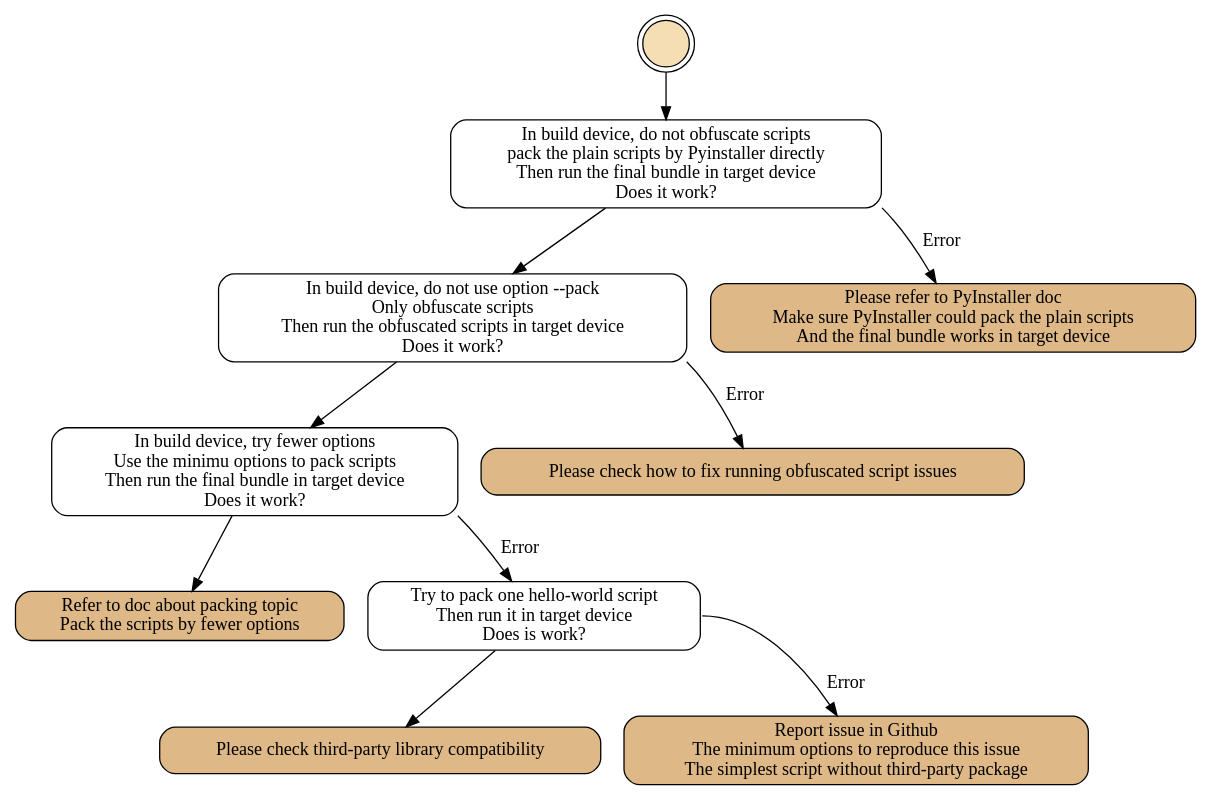
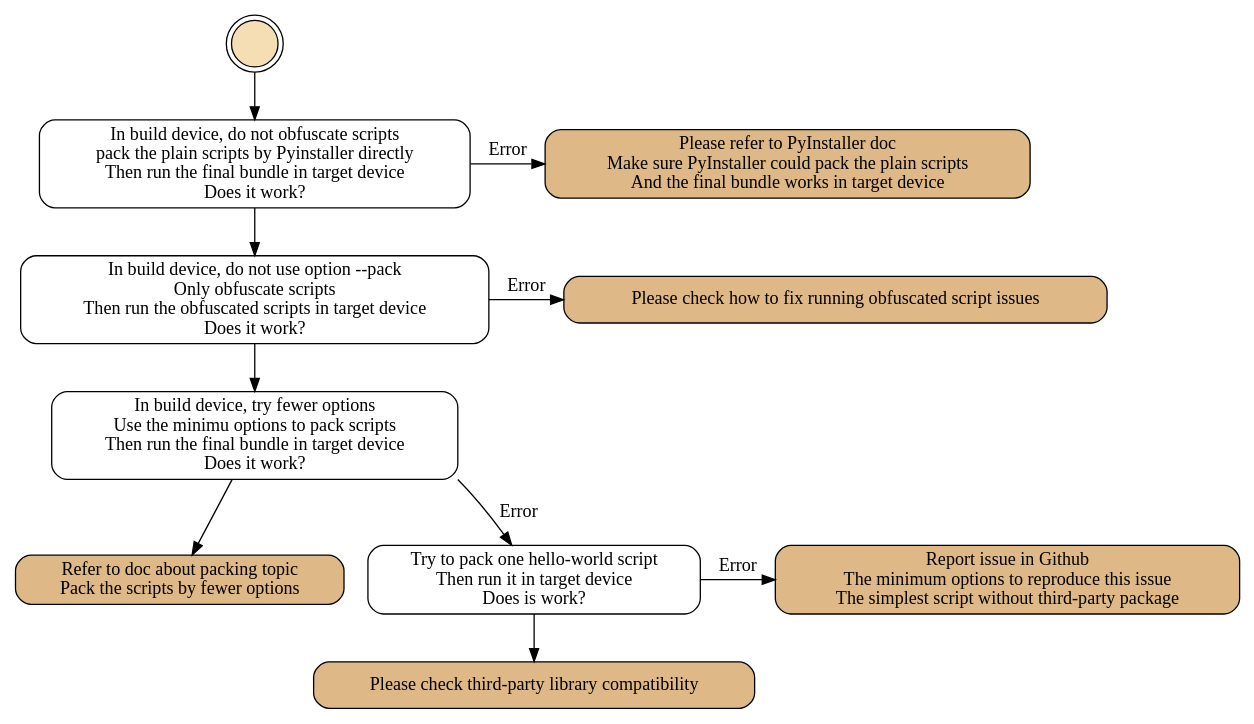
The fifth of 5 diagrams in pyarmor/learn/en/how-to.rst (dashingsoft/dashingsoft.github.io), drawn with Graphviz before and after one commit. The commit also changed other lines of this file and 1 other file, not shown here.

Commit message:
Refine graph with rand=same

```diff
--- a/pyarmor/learn/en/how-to.rst
+++ b/pyarmor/learn/en/how-to.rst
@@ -242,57 +239,55 @@
 .. graphviz::
    :caption: Fix issues when executing packed bundle
    :align: center
    :name: graph-run-packed-script-issue
 
    digraph G {
       node [shape=box, style=rounded]
 
       start [shape="doublecircle", label="",
              style="filled", fillcolor="wheat"]
 
       subgraph P0 {
           rankdir="TB"
           style="setlinewidth(0)"
 
           s2 [label="In build device, do not obfuscate scripts\npack the plain scripts by Pyinstaller directly\nThen run the final bundle in target device\nDoes it work?"]
           s3 [label="In build device, do not use option --pack\nOnly obfuscate scripts\nThen run the obfuscated scripts in target device\nDoes it work?"]
           s4 [label="In build device, try fewer options\nUse the minimu options to pack scripts\nThen run the final bundle in target device\nDoes it work?"]
           s5 [
             style="filled,rounded",
             fillcolor="burlywood",
             href="https://pyarmor.readthedocs.io/en/latest/topic/repack.html"
             label="Refer to doc about packing topic\nPack the scripts by fewer options"]
           s6 [label="Try to pack one hello-world script\nThen run it in target device\nDoes is work?"]
 
 	  s2 -> s3 -> s4 -> s5
           s4 -> s6 [label="Error", tailport=se]
       }
 
       subgraph P2 {
           node [
              style="filled,rounded",
              fillcolor="burlywood",
              ]
           n1 [
               href="https://pyinstaller.org/en/stable/usage.html"
               label="Please refer to PyInstaller doc\nMake sure PyInstaller could pack the plain scripts\nAnd the final bundle works in target device"]
           n2 [
             href="#run-obfuscated-script-issue"
             label="Please check how to fix running obfuscated script issues"]
           n3 [
             href="https://pyarmor.readthedocs.io/en/latest/how-to/third-party.html"
             label="Please check third-party library compatibility"]
           n4 [
             href="https://github.com/dashingsoft/pyarmor/issues"
             label="Report issue in Github\nThe minimum options to reproduce this issue\nThe simplest script without third-party package"]
       }
 
       start -> s2
       s6 -> n3
 
-      edge [tailport=se]
-
-      s2 -> n1 [label="Error"]
-      s3 -> n2 [label="Error"]
-      s6 -> n4 [label="Error" tailport=e]
+      rank=same { s2 -> n1 [label="Error"] }
+      rank=same { s3 -> n2 [label="Error"] }
+      rank=same { s6 -> n4 [label="Error"] }
    }
```
